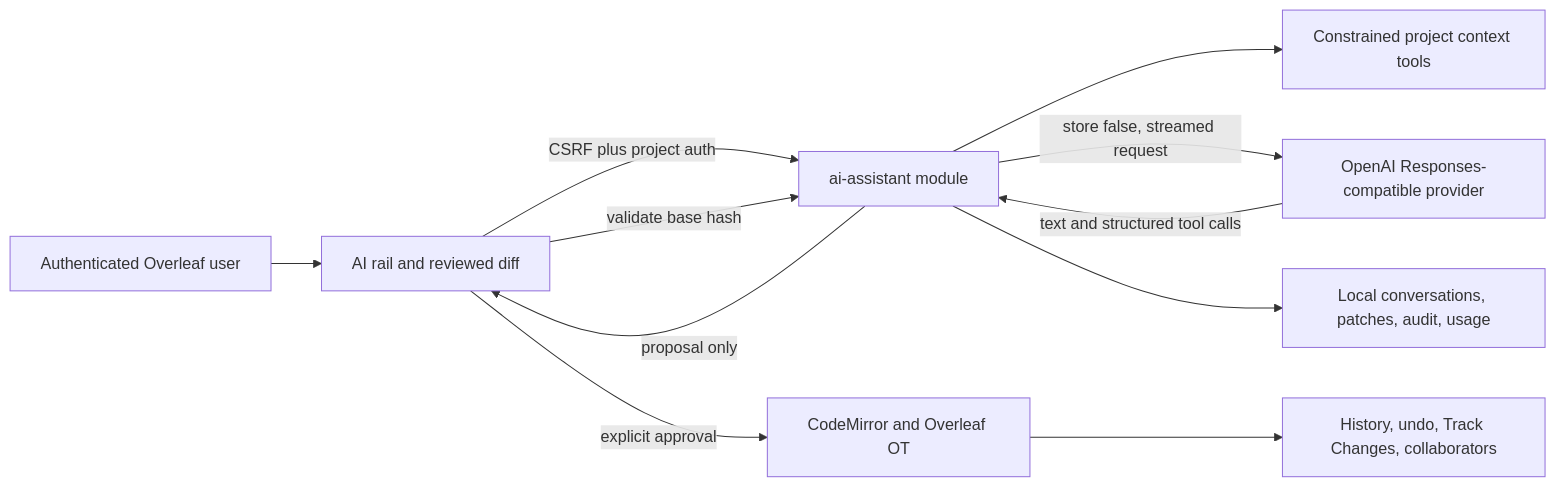
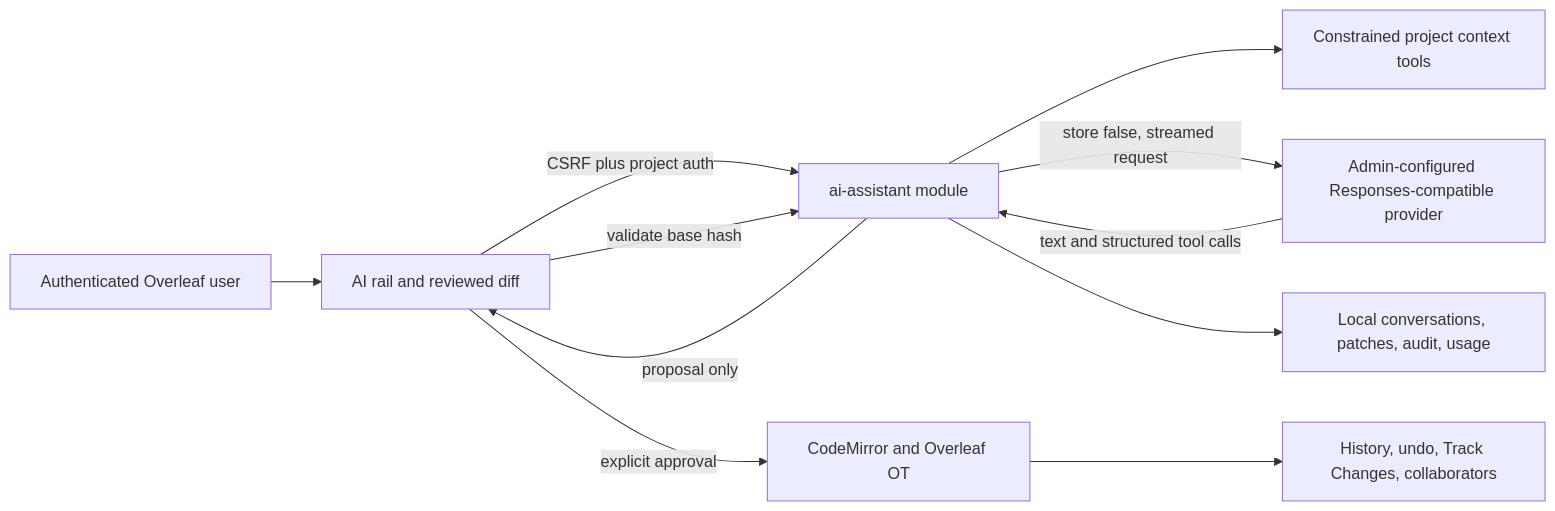
One commit to theorchestrator/overleaf-prism-ai changed the diagram in docs/architecture.md. Above: the diagram before and after it, drawn with Mermaid. The commit also changed other lines of this file and 10 other files, not shown here.

Commit message:
feat: support server-configured ChatMock Responses proxy

````diff
--- a/docs/architecture.md
+++ b/docs/architecture.md
@@ -3,13 +3,13 @@
 ```mermaid
 flowchart LR
   U["Authenticated Overleaf user"] --> UI["AI rail and reviewed diff"]
   UI -->|"CSRF plus project auth"| API["ai-assistant module"]
   API --> CTX["Constrained project context tools"]
-  API -->|"store false, streamed request"| OAI["OpenAI Responses-compatible provider"]
+  API -->|"store false, streamed request"| OAI["Admin-configured Responses-compatible provider"]
   API --> DB["Local conversations, patches, audit, usage"]
   OAI -->|"text and structured tool calls"| API
   API -->|"proposal only"| UI
   UI -->|"validate base hash"| API
   UI -->|"explicit approval"| OT["CodeMirror and Overleaf OT"]
   OT --> COL["History, undo, Track Changes, collaborators"]
 ```
````
